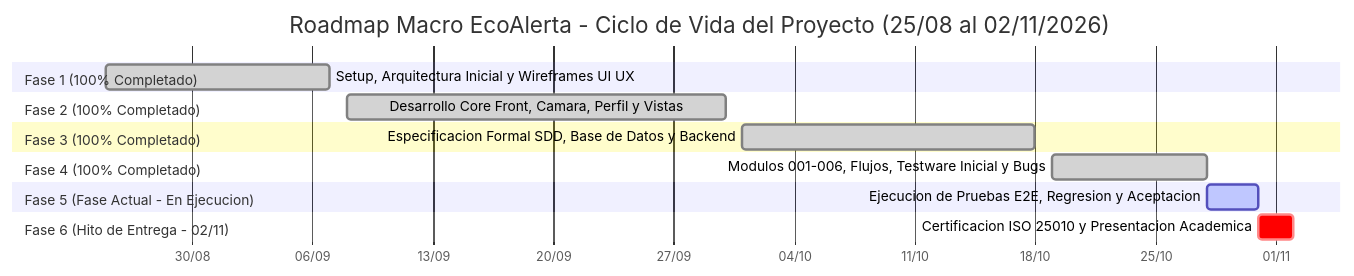
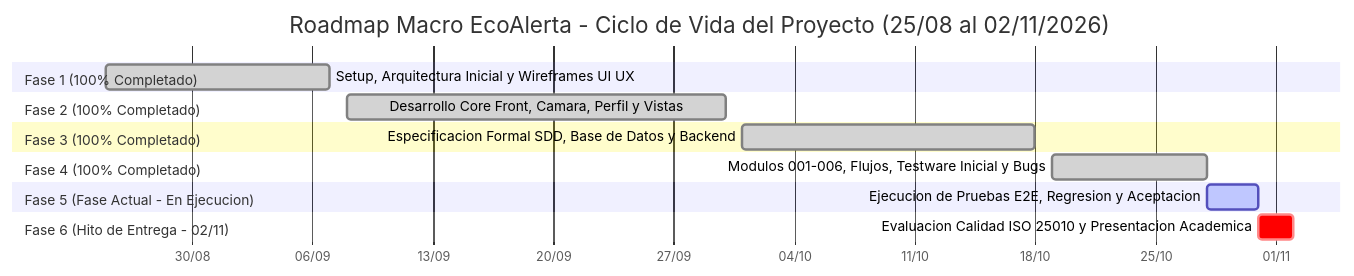
Before and after one commit to Panconmatecocido/EcoAlerta: the first of 2 diagrams in docs/testing/06_CRONOGRAMA_GANTT_EDT_CPM.md, drawn with Mermaid. The commit also changed other lines of this file and 7 other files, not shown here.

````diff
--- a/docs/testing/06_CRONOGRAMA_GANTT_EDT_CPM.md
+++ b/docs/testing/06_CRONOGRAMA_GANTT_EDT_CPM.md
@@ -23,18 +23,18 @@
 ```mermaid
 gantt
     title Roadmap Macro EcoAlerta - Ciclo de Vida del Proyecto (25/08 al 02/11/2026)
     dateFormat  YYYY-MM-DD
     axisFormat  %d/%m
     section Fase 1 (100% Completado)
     Setup, Arquitectura Inicial y Wireframes UI UX :done, f1, 2026-08-25, 2026-09-07
     section Fase 2 (100% Completado)
     Desarrollo Core Front, Camara, Perfil y Vistas :done, f2, 2026-09-08, 2026-09-30
     section Fase 3 (100% Completado)
     Especificacion Formal SDD, Base de Datos y Backend :done, f3, 2026-10-01, 2026-10-18
     section Fase 4 (100% Completado)
     Modulos 001-006, Flujos, Testware Inicial y Bugs :done, f4, 2026-10-19, 2026-10-28
     section Fase 5 (Fase Actual - En Ejecucion)
     Ejecucion de Pruebas E2E, Regresion y Aceptacion :active, f5, 2026-10-28, 2026-10-31
     section Fase 6 (Hito de Entrega - 02/11)
-    Certificacion ISO 25010 y Presentacion Academica :crit, f6, 2026-10-31, 2026-11-02
+    Evaluacion Calidad ISO 25010 y Presentacion Academica :crit, f6, 2026-10-31, 2026-11-02
 ```
````
